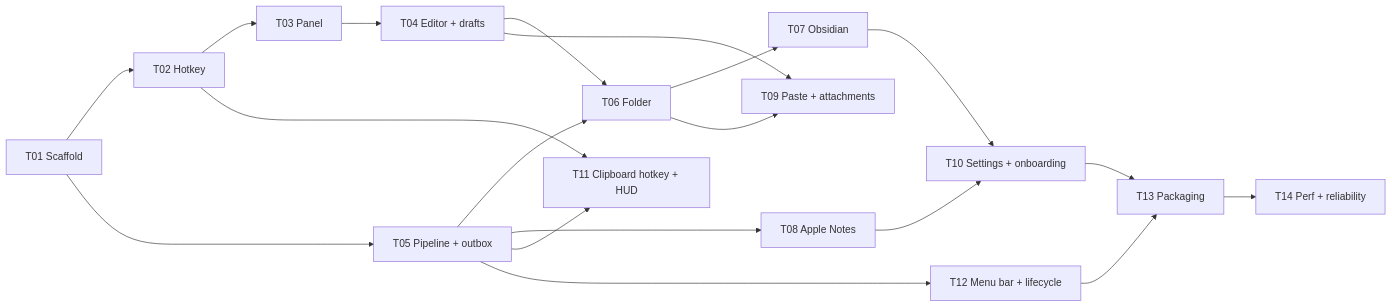
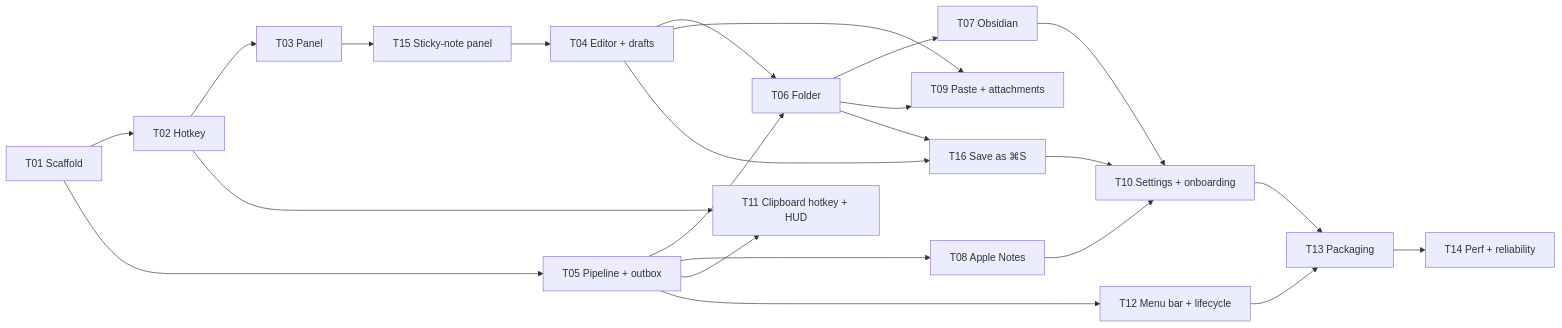
Before and after one commit to elizabeth-ling/otter: the diagram in context/tasks/README.md, drawn with Mermaid. The commit also changed other lines of this file and 8 other files, not shown here.

First line of the commit message:
docs: change spec for sticky-note panel (T15) and command+S to save

````diff
--- a/context/tasks/README.md
+++ b/context/tasks/README.md
@@ -15,21 +15,25 @@
 ```mermaid
 flowchart LR
   T01[T01 Scaffold] --> T02[T02 Hotkey]
   T01 --> T05[T05 Pipeline + outbox]
   T02 --> T03[T03 Panel]
-  T03 --> T04[T04 Editor + drafts]
+  T03 --> T15[T15 Sticky-note panel]
+  T15 --> T04[T04 Editor + drafts]
   T05 --> T06[T06 Folder]
   T04 --> T06
   T06 --> T07[T07 Obsidian]
   T05 --> T08[T08 Apple Notes]
   T04 --> T09[T09 Paste + attachments]
   T06 --> T09
+  T04 --> T16[T16 Save as ⌘S]
+  T06 --> T16
   T05 --> T11[T11 Clipboard hotkey + HUD]
   T02 --> T11
   T07 --> T10[T10 Settings + onboarding]
+  T16 --> T10
   T08 --> T10
   T05 --> T12[T12 Menu bar + lifecycle]
   T10 --> T13[T13 Packaging]
   T12 --> T13
   T13 --> T14[T14 Perf + reliability]
 ```
````
